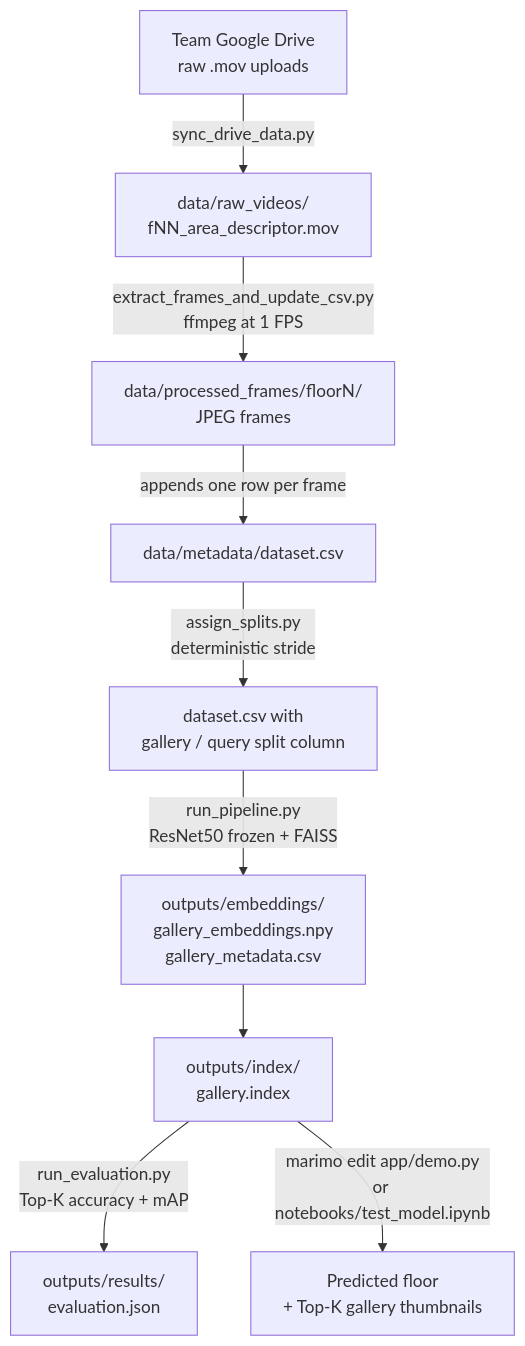
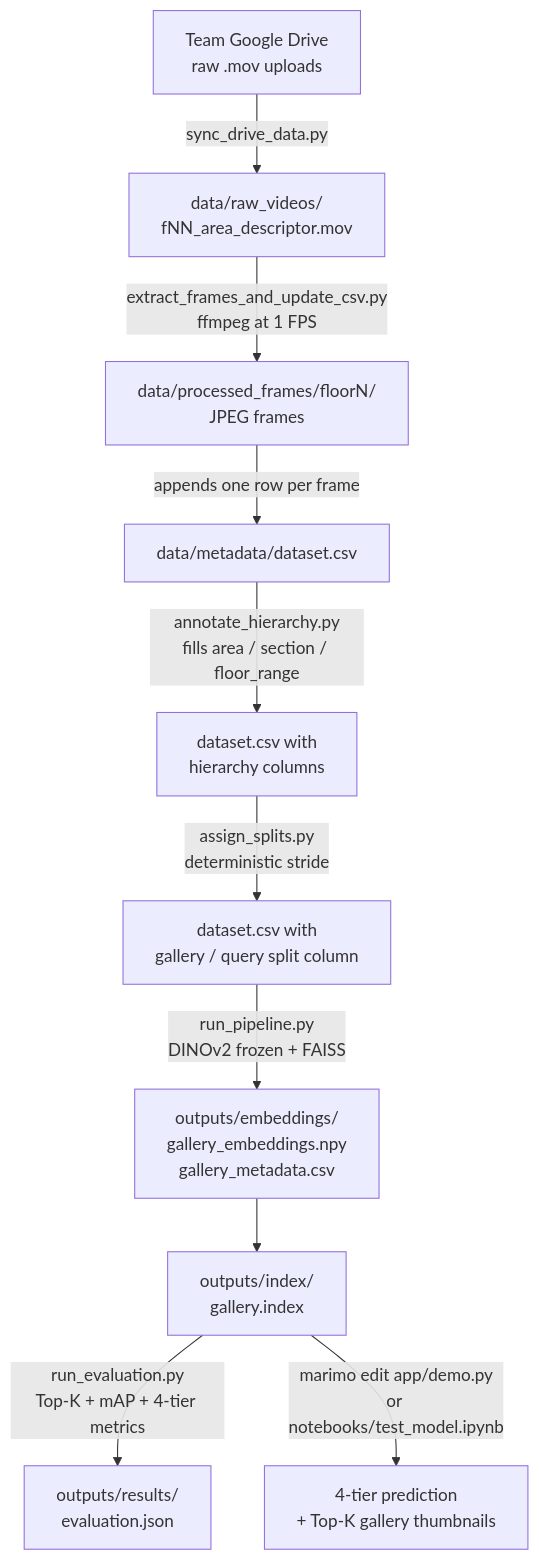
Before and after one commit to JSebastianIEU/ie-tower-visual-place-recognition: the diagram in README.md, drawn with Mermaid. The commit also changed other lines of this file and 9 other files, not shown here.

````diff
--- a/README.md
+++ b/README.md
@@ -28,11 +28,12 @@
 ```mermaid
 flowchart TD
     A["Team Google Drive<br/>raw .mov uploads"] -->|"sync_drive_data.py"| B["data/raw_videos/<br/>fNN_area_descriptor.mov"]
     B -->|"extract_frames_and_update_csv.py<br/>ffmpeg at 1 FPS"| C["data/processed_frames/floorN/<br/>JPEG frames"]
     C -->|"appends one row per frame"| D["data/metadata/dataset.csv"]
-    D -->|"assign_splits.py<br/>deterministic stride"| E["dataset.csv with<br/>gallery / query split column"]
-    E -->|"run_pipeline.py<br/>ResNet50 frozen + FAISS"| F["outputs/embeddings/<br/>gallery_embeddings.npy<br/>gallery_metadata.csv"]
+    D -->|"annotate_hierarchy.py<br/>fills area / section / floor_range"| D2["dataset.csv with<br/>hierarchy columns"]
+    D2 -->|"assign_splits.py<br/>deterministic stride"| E["dataset.csv with<br/>gallery / query split column"]
+    E -->|"run_pipeline.py<br/>DINOv2 frozen + FAISS"| F["outputs/embeddings/<br/>gallery_embeddings.npy<br/>gallery_metadata.csv"]
     F --> G["outputs/index/<br/>gallery.index"]
-    G -->|"run_evaluation.py<br/>Top-K accuracy + mAP"| H["outputs/results/<br/>evaluation.json"]
-    G -->|"marimo edit app/demo.py<br/>or notebooks/test_model.ipynb"| I["Predicted floor<br/>+ Top-K gallery thumbnails"]
+    G -->|"run_evaluation.py<br/>Top-K + mAP + 4-tier metrics"| H["outputs/results/<br/>evaluation.json"]
+    G -->|"marimo edit app/demo.py<br/>or notebooks/test_model.ipynb"| I["4-tier prediction<br/>+ Top-K gallery thumbnails"]
 ```
````
